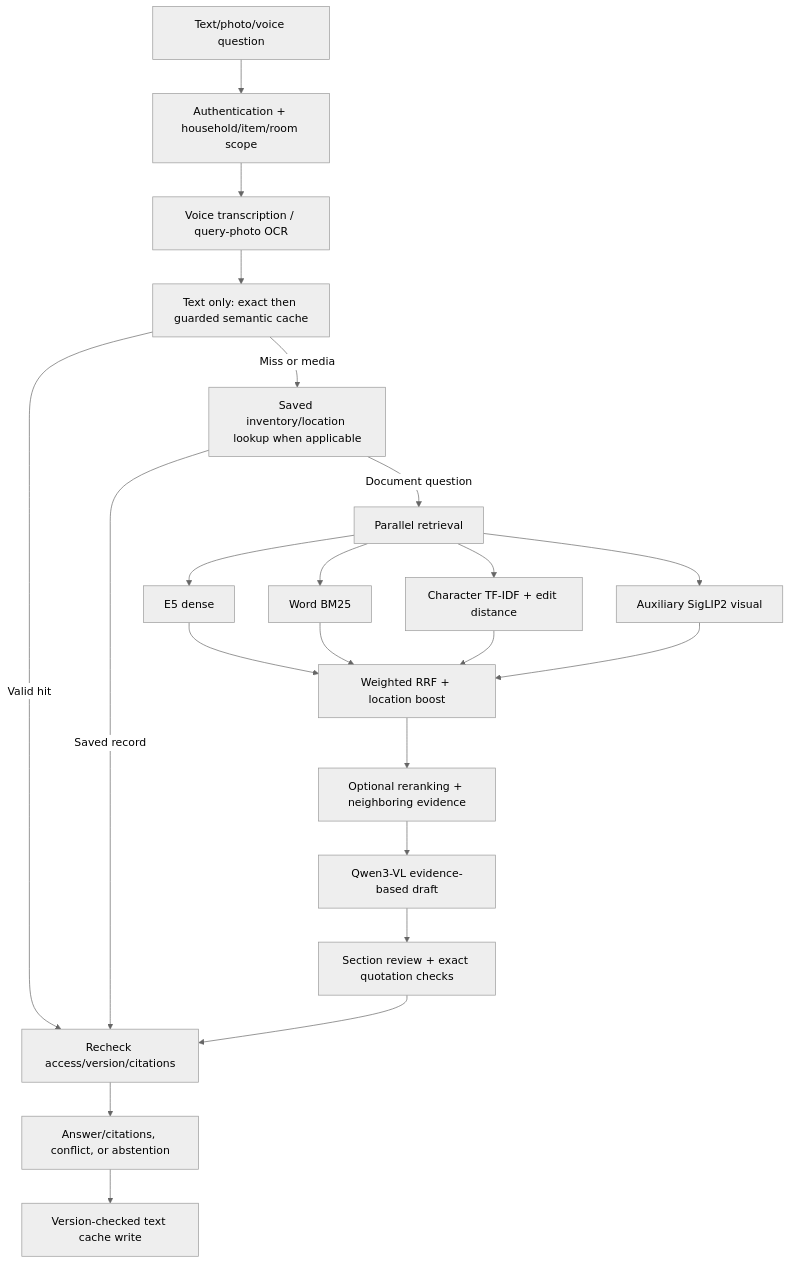
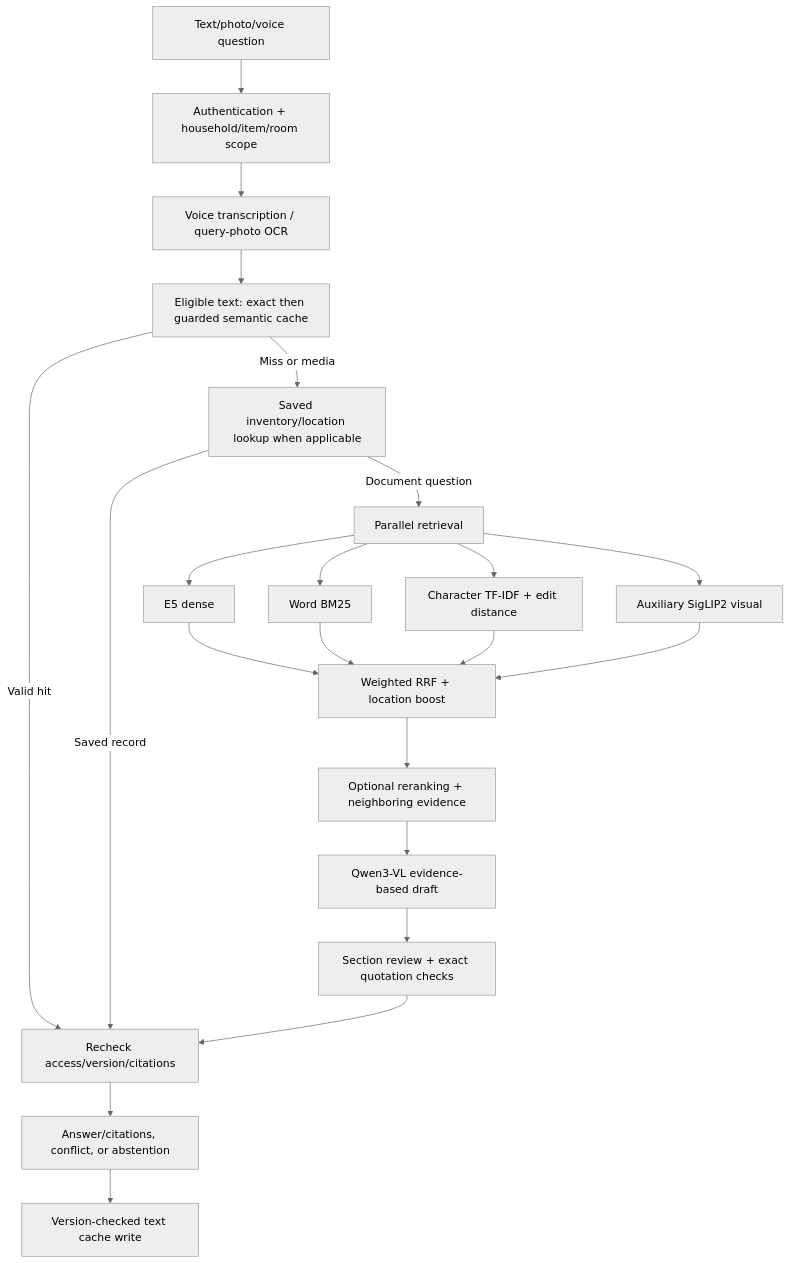
One commit to RahulAdyaa/HomeAtlas changed the fourth of 4 diagrams in README.md. Above: the diagram before and after it, drawn with Mermaid (neutral theme). The commit also changed other lines of this file and 1 other file, not shown here.

Commit message:
docs: qualify post-baseline retrieval and identifier cache fixes

````diff
--- a/README.md
+++ b/README.md
@@ -332,24 +345,24 @@
 ```mermaid
 flowchart TD
     Q[Text/photo/voice question] --> Scope[Authentication + household/item/room scope]
     Scope --> Prep[Voice transcription / query-photo OCR]
-    Prep --> Cache[Text only: exact then guarded semantic cache]
+    Prep --> Cache[Eligible text: exact then guarded semantic cache]
     Cache -->|Valid hit| Check[Recheck access/version/citations]
     Cache -->|Miss or media| Facts[Saved inventory/location lookup when applicable]
     Facts -->|Saved record| Check
     Facts -->|Document question| Parallel[Parallel retrieval]
     Parallel --> Dense[E5 dense]
     Parallel --> Word[Word BM25]
     Parallel --> Fuzzy[Character TF-IDF + edit distance]
     Parallel --> Visual[Auxiliary SigLIP2 visual]
     Dense --> RRF[Weighted RRF + location boost]
     Word --> RRF
     Fuzzy --> RRF
     Visual --> RRF
     RRF --> Rank[Optional reranking + neighboring evidence]
     Rank --> Generate[Qwen3-VL evidence-based draft]
     Generate --> Review[Section review + exact quotation checks]
     Review --> Check
     Check --> Answer[Answer/citations, conflict, or abstention]
     Answer --> Store[Version-checked text cache write]
 ```
````
